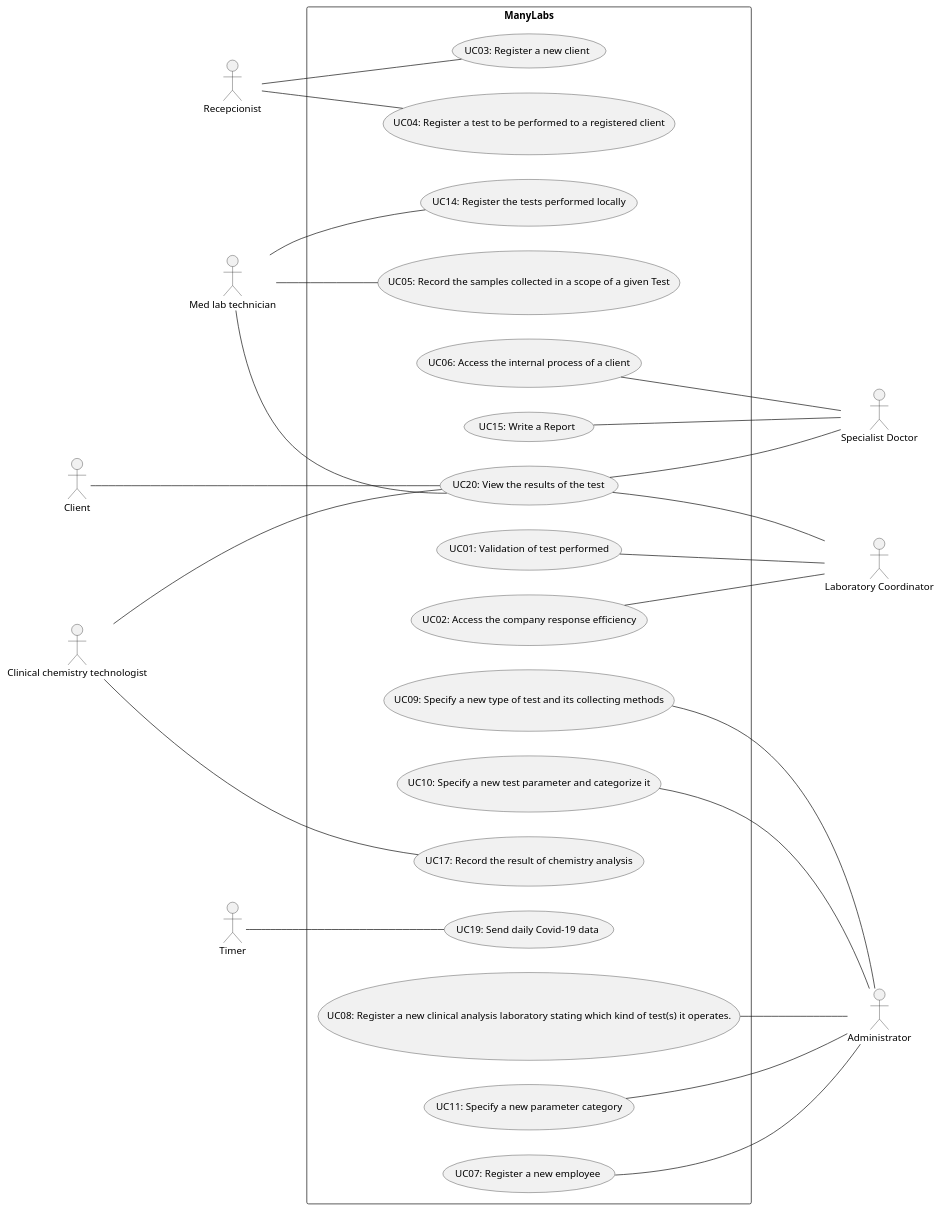
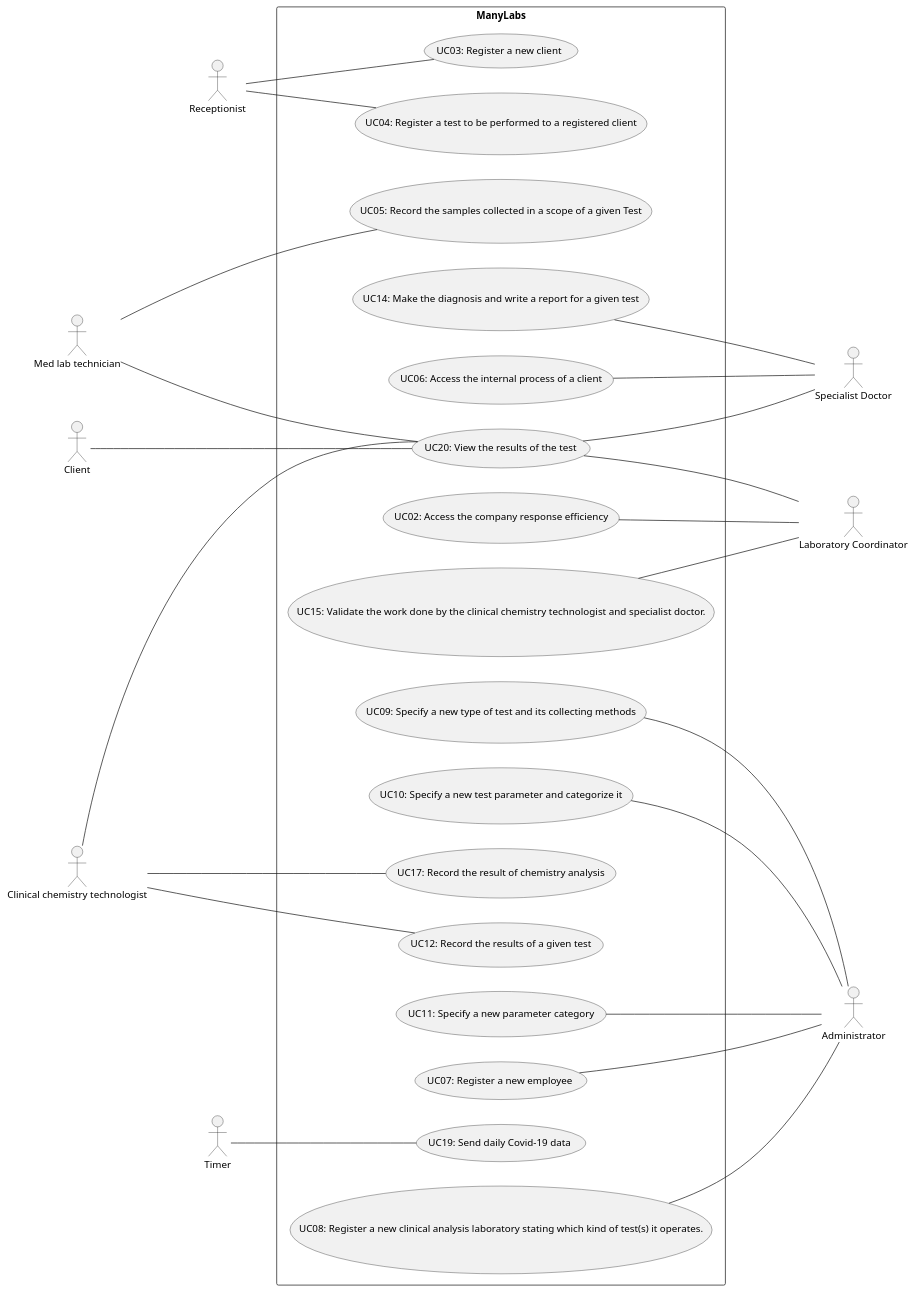
Before and after one commit to manu-07-ela/LAPR2_ISEP: the diagram in docs/SprintC/UCD/UCD.puml, drawn with PlantUML. The commit also changed 2 other files, not shown here.

```diff
--- a/docs/SprintC/UCD/UCD.puml
+++ b/docs/SprintC/UCD/UCD.puml
@@ -1,61 +1,61 @@
 @startuml
 'https://plantuml.com/use-case-diagram
 left to right direction
 actor "Administrator" as Adm
-actor "Recepcionist" as Recp
+actor "Receptionist" as Recp
 actor "Med lab technician" as MedLab
 actor "Clinical chemistry technologist" as ClinTec
 actor "Specialist Doctor" as Doc
 actor "Laboratory Coordinator" as LabCod
 actor "Timer" as Timer
 actor "Client" as Client
 
 
 rectangle ManyLabs{
 
 usecase "UC03: Register a new client" as UC03
 usecase "UC20: View the results of the test" as UC20
 usecase "UC04: Register a test to be performed to a registered client" as UC04
-usecase "UC14: Register the tests performed locally" as UC14
+usecase "UC14: Make the diagnosis and write a report for a given test" as UC14
 usecase "UC17: Record the result of chemistry analysis" as UC17
 usecase "UC09: Specify a new type of test and its collecting methods" as UC09
 usecase "UC10: Specify a new test parameter and categorize it" as UC10
 usecase "UC11: Specify a new parameter category" as UC11
 usecase "UC06: Access the internal process of a client" as UC06
-usecase "UC01: Validation of test performed" as UC01
 usecase "UC02: Access the company response efficiency" as UC02
 usecase "UC05: Record the samples collected in a scope of a given Test" as UC05
 usecase "UC19: Send daily Covid-19 data" as UC19
 usecase "UC07: Register a new employee" as UC07
 usecase "UC08: Register a new clinical analysis laboratory stating which kind of test(s) it operates." as UC08
-usecase "UC15: Write a Report" as UC15
+usecase "UC12: Record the results of a given test" as UC12
+usecase "UC15: Validate the work done by the clinical chemistry technologist and specialist doctor." as UC15
 }
 
 Recp -- UC03
 Recp -- UC04
 Client --- UC20
-MedLab -- UC14
+UC14 -- Doc
 MedLab --- UC20
+ClinTec -- UC12
 ClinTec --- UC20
 ClinTec -- UC17
 UC07 --- Adm
 UC08 --- Adm
 UC09 --- Adm
 UC11 --- Adm
 UC10 --- Adm
 UC05 --- MedLab
 UC06 --- Doc
 UC20 --- Doc
-UC15 --- Doc
-UC01 --- LabCod
 UC02 --- LabCod
 UC20 -- LabCod
+UC15 -- LabCod
 Timer -- UC19
 
 
 
 
 
 
 
 @enduml
```
